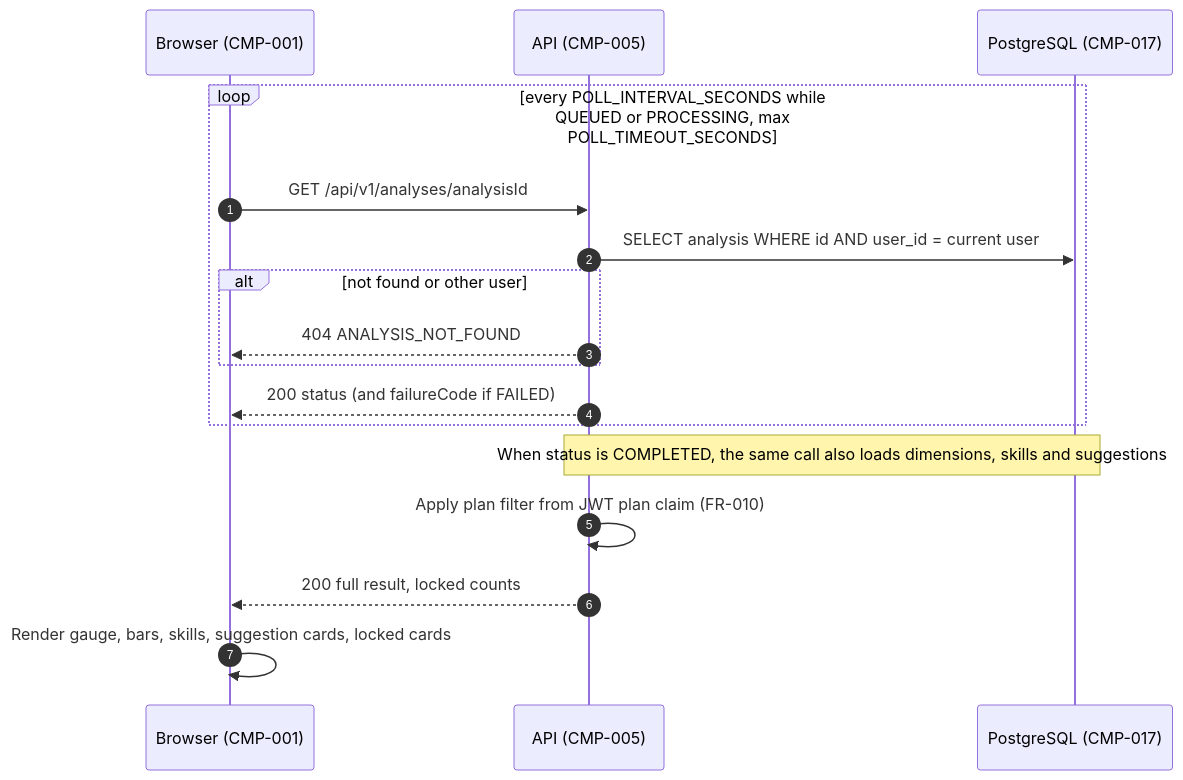
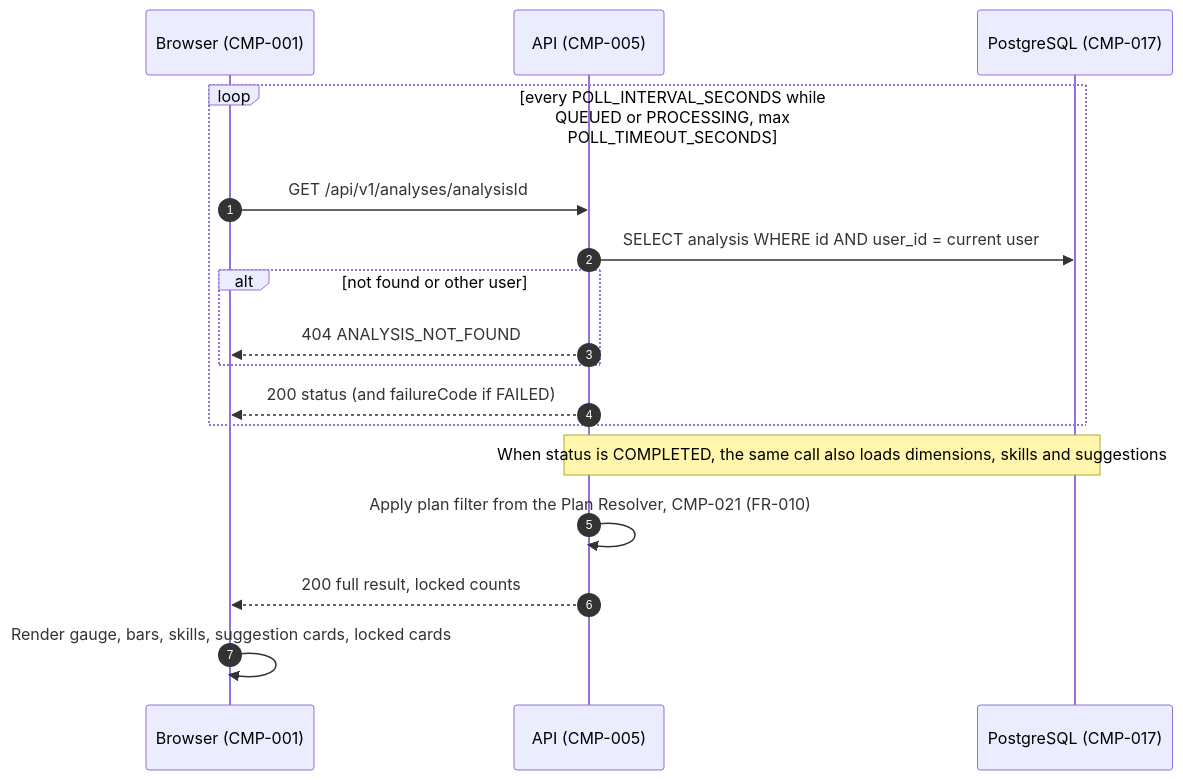
One commit to divii-school/spec-homework changed the fifth of 13 diagrams in pratiksha/spec.md. Above: the diagram before and after it, drawn with Mermaid. The commit also changed other lines of this file and 1 other file, not shown here.

Commit message:
round 2: update architecture, DB, API, traceability and change log for Resume Pro (v0.5)

````diff
--- a/pratiksha/spec.md
+++ b/pratiksha/spec.md
@@ -1053,19 +1085,19 @@
 ```mermaid
 sequenceDiagram
   autonumber
   participant B as Browser (CMP-001)
   participant A as API (CMP-005)
   participant P as PostgreSQL (CMP-017)
   loop every POLL_INTERVAL_SECONDS while QUEUED or PROCESSING, max POLL_TIMEOUT_SECONDS
     B->>A: GET /api/v1/analyses/analysisId
     A->>P: SELECT analysis WHERE id AND user_id = current user
     alt not found or other user
       A-->>B: 404 ANALYSIS_NOT_FOUND
     end
     A-->>B: 200 status (and failureCode if FAILED)
   end
   Note over A,P: When status is COMPLETED, the same call also loads dimensions, skills and suggestions
-  A->>A: Apply plan filter from JWT plan claim (FR-010)
+  A->>A: Apply plan filter from the Plan Resolver, CMP-021 (FR-010)
   A-->>B: 200 full result, locked counts
   B->>B: Render gauge, bars, skills, suggestion cards, locked cards
 ```
````
